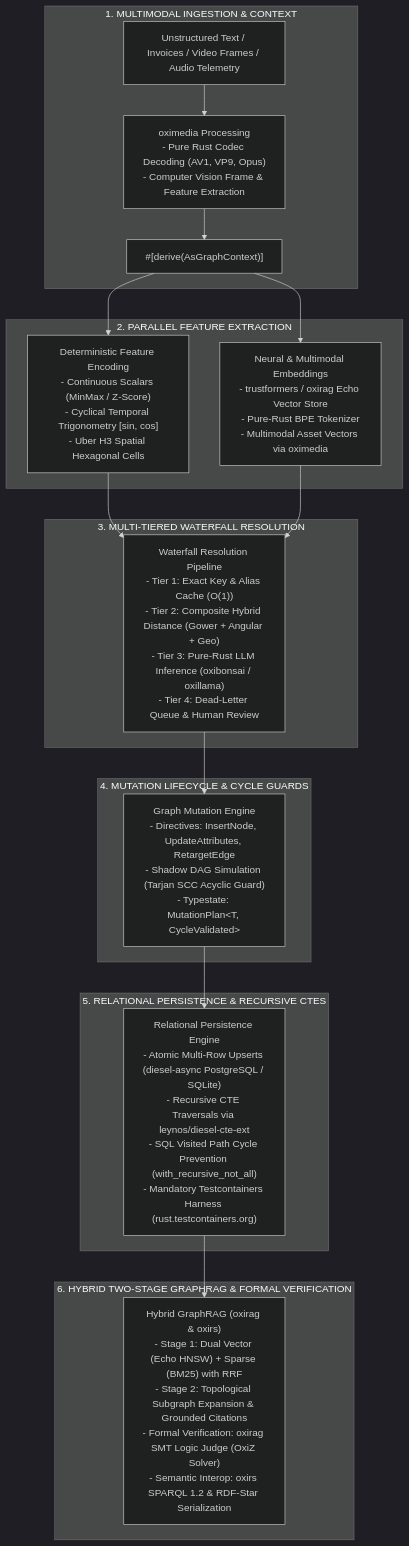
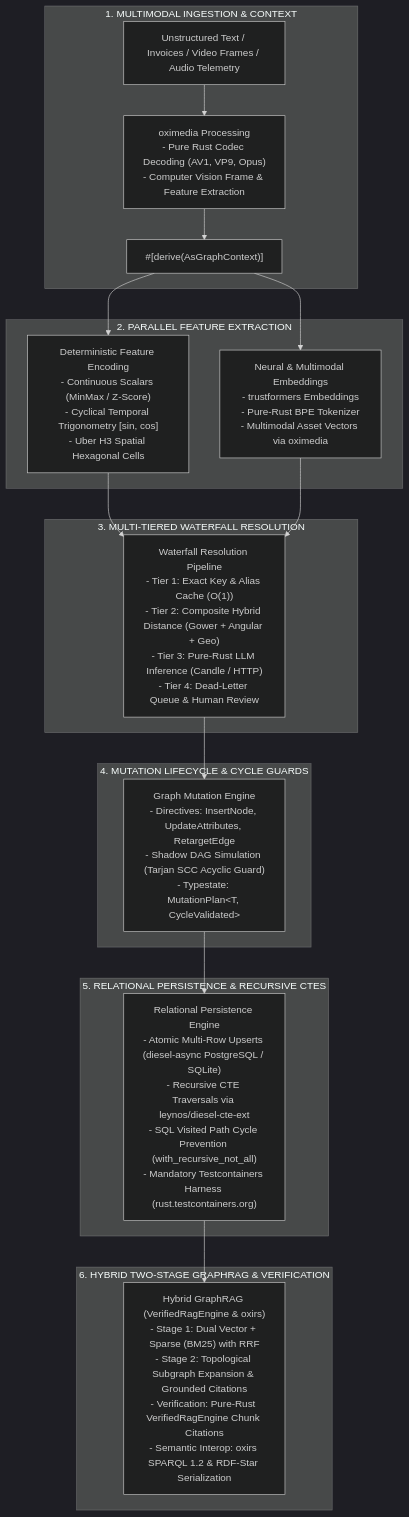
The diagram in doc/00_MASTER_SPECIFICATIONS.md (yasuomaidana/embedag), drawn with Mermaid (dark theme) before and after one commit. The commit also changed other lines of this file and 42 other files, not shown here.

First line of the commit message:
[EMBEDAG-119] Remove oxirag/oxillama/oxibonsai (BUSL relicense) with pure-Rust replacements (#15)

````diff
--- a/doc/00_MASTER_SPECIFICATIONS.md
+++ b/doc/00_MASTER_SPECIFICATIONS.md
@@ -70,28 +65,28 @@
 ```mermaid
 flowchart TD
     subgraph Ingestion ["1. MULTIMODAL INGESTION & CONTEXT"]
         Raw["Unstructured Text / Invoices / Video Frames / Audio Telemetry"] --> Media["oximedia Processing<br/>- Pure Rust Codec Decoding (AV1, VP9, Opus)<br/>- Computer Vision Frame & Feature Extraction"]
         Media --> Derive["#[derive(AsGraphContext)]"]
     end
 
     subgraph Encoders ["2. PARALLEL FEATURE EXTRACTION"]
         Derive --> Det["Deterministic Feature Encoding<br/>- Continuous Scalars (MinMax / Z-Score)<br/>- Cyclical Temporal Trigonometry [sin, cos]<br/>- Uber H3 Spatial Hexagonal Cells"]
-        Derive --> Neural["Neural & Multimodal Embeddings<br/>- trustformers / oxirag Echo Vector Store<br/>- Pure-Rust BPE Tokenizer<br/>- Multimodal Asset Vectors via oximedia"]
+        Derive --> Neural["Neural & Multimodal Embeddings<br/>- trustformers Embeddings<br/>- Pure-Rust BPE Tokenizer<br/>- Multimodal Asset Vectors via oximedia"]
     end
 
     subgraph Resolution ["3. MULTI-TIERED WATERFALL RESOLUTION"]
-        Det & Neural --> Tiers["Waterfall Resolution Pipeline<br/>- Tier 1: Exact Key & Alias Cache (O(1))<br/>- Tier 2: Composite Hybrid Distance (Gower + Angular + Geo)<br/>- Tier 3: Pure-Rust LLM Inference (oxibonsai / oxillama)<br/>- Tier 4: Dead-Letter Queue & Human Review"]
+        Det & Neural --> Tiers["Waterfall Resolution Pipeline<br/>- Tier 1: Exact Key & Alias Cache (O(1))<br/>- Tier 2: Composite Hybrid Distance (Gower + Angular + Geo)<br/>- Tier 3: Pure-Rust LLM Inference (Candle / HTTP)<br/>- Tier 4: Dead-Letter Queue & Human Review"]
     end
 
     subgraph Mutation ["4. MUTATION LIFECYCLE & CYCLE GUARDS"]
         Tiers --> Mut["Graph Mutation Engine<br/>- Directives: InsertNode, UpdateAttributes, RetargetEdge<br/>- Shadow DAG Simulation (Tarjan SCC Acyclic Guard)<br/>- Typestate: MutationPlan&lt;T, CycleValidated&gt;"]
     end
 
     subgraph Persistence ["5. RELATIONAL PERSISTENCE & RECURSIVE CTES"]
         Mut --> DB["Relational Persistence Engine<br/>- Atomic Multi-Row Upserts (diesel-async PostgreSQL / SQLite)<br/>- Recursive CTE Traversals via leynos/diesel-cte-ext<br/>- SQL Visited Path Cycle Prevention (with_recursive_not_all)<br/>- Mandatory Testcontainers Harness (rust.testcontainers.org)"]
     end
 
-    subgraph GraphRAG ["6. HYBRID TWO-STAGE GRAPHRAG & FORMAL VERIFICATION"]
-        DB --> RAG["Hybrid GraphRAG (oxirag & oxirs)<br/>- Stage 1: Dual Vector (Echo HNSW) + Sparse (BM25) with RRF<br/>- Stage 2: Topological Subgraph Expansion & Grounded Citations<br/>- Formal Verification: oxirag SMT Logic Judge (OxiZ Solver)<br/>- Semantic Interop: oxirs SPARQL 1.2 & RDF-Star Serialization"]
+    subgraph GraphRAG ["6. HYBRID TWO-STAGE GRAPHRAG & VERIFICATION"]
+        DB --> RAG["Hybrid GraphRAG (VerifiedRagEngine & oxirs)<br/>- Stage 1: Dual Vector + Sparse (BM25) with RRF<br/>- Stage 2: Topological Subgraph Expansion & Grounded Citations<br/>- Verification: Pure-Rust VerifiedRagEngine Chunk Citations<br/>- Semantic Interop: oxirs SPARQL 1.2 & RDF-Star Serialization"]
     end
 ```
````
